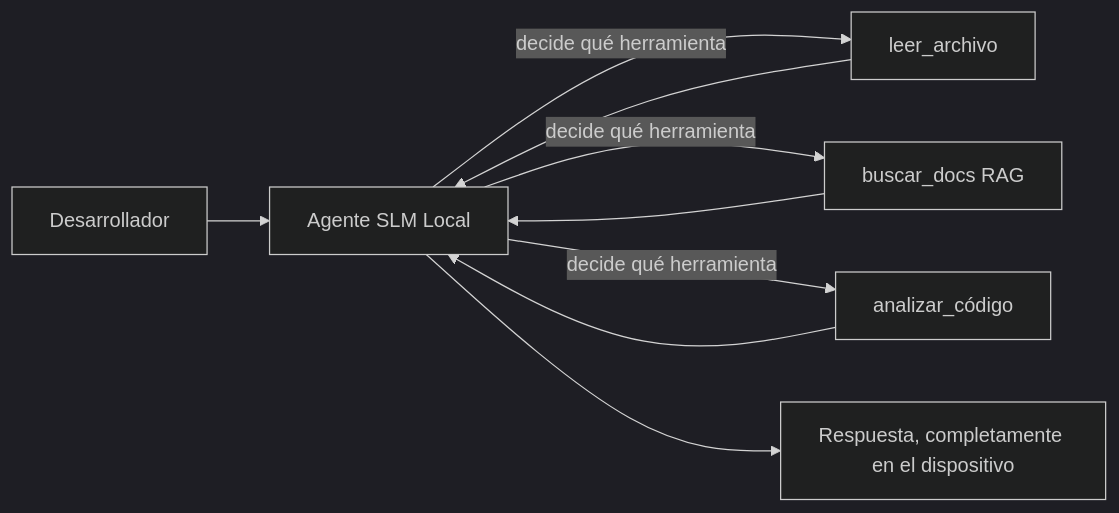
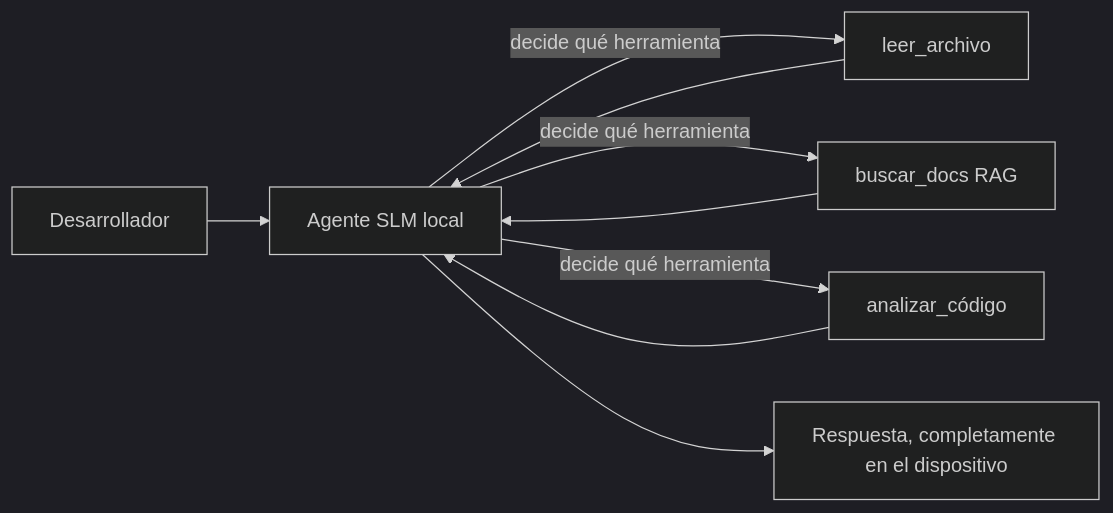
One commit to microsoft/ai-agents-for-beginners changed the first of 4 diagrams in translations/es/17-creating-local-ai-agents/README.md. Above: the diagram before and after it, drawn with Mermaid (dark theme). The commit also changed other lines of this file and 47 other files, not shown here.

````diff
--- a/translations/es/17-creating-local-ai-agents/README.md
+++ b/translations/es/17-creating-local-ai-agents/README.md
@@ -66,11 +66,11 @@
 ```mermaid
 flowchart LR
-    U[Desarrollador] --> A[Agente SLM Local]
+    U[Desarrollador] --> A[Agente SLM local]
     A -->|decide qué herramienta| T1[leer_archivo]
     A -->|decide qué herramienta| T2[buscar_docs RAG]
     A -->|decide qué herramienta| T3[analizar_código]
     T1 --> A
     T2 --> A
     T3 --> A
     A --> R[Respuesta, completamente en el dispositivo]
 ```
````
